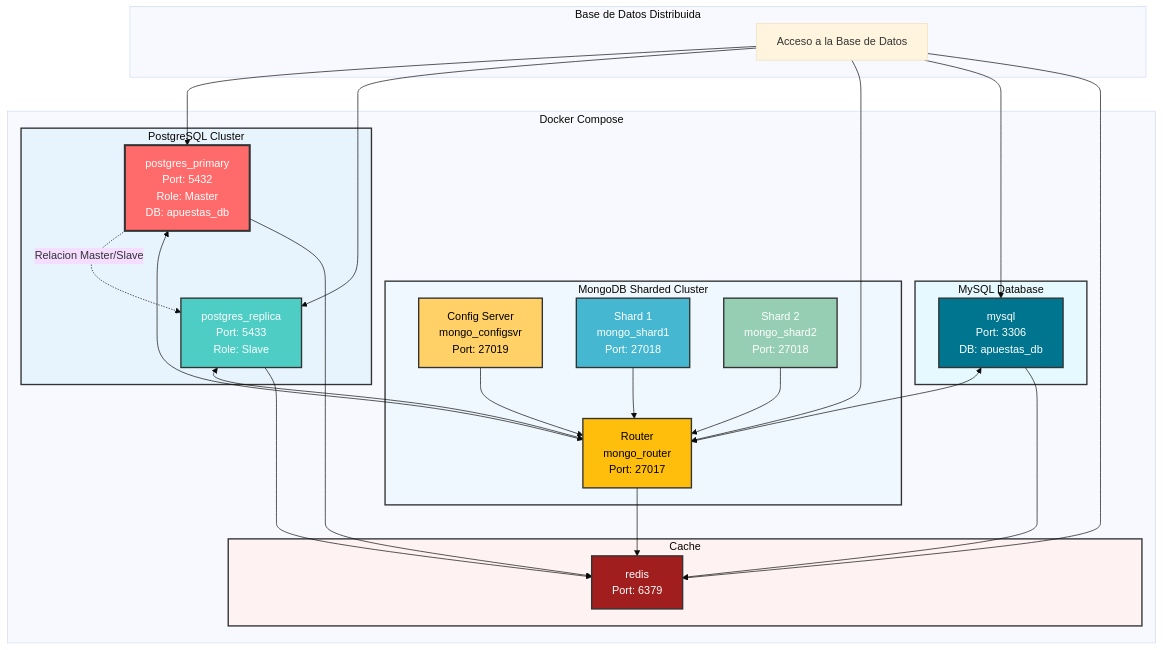
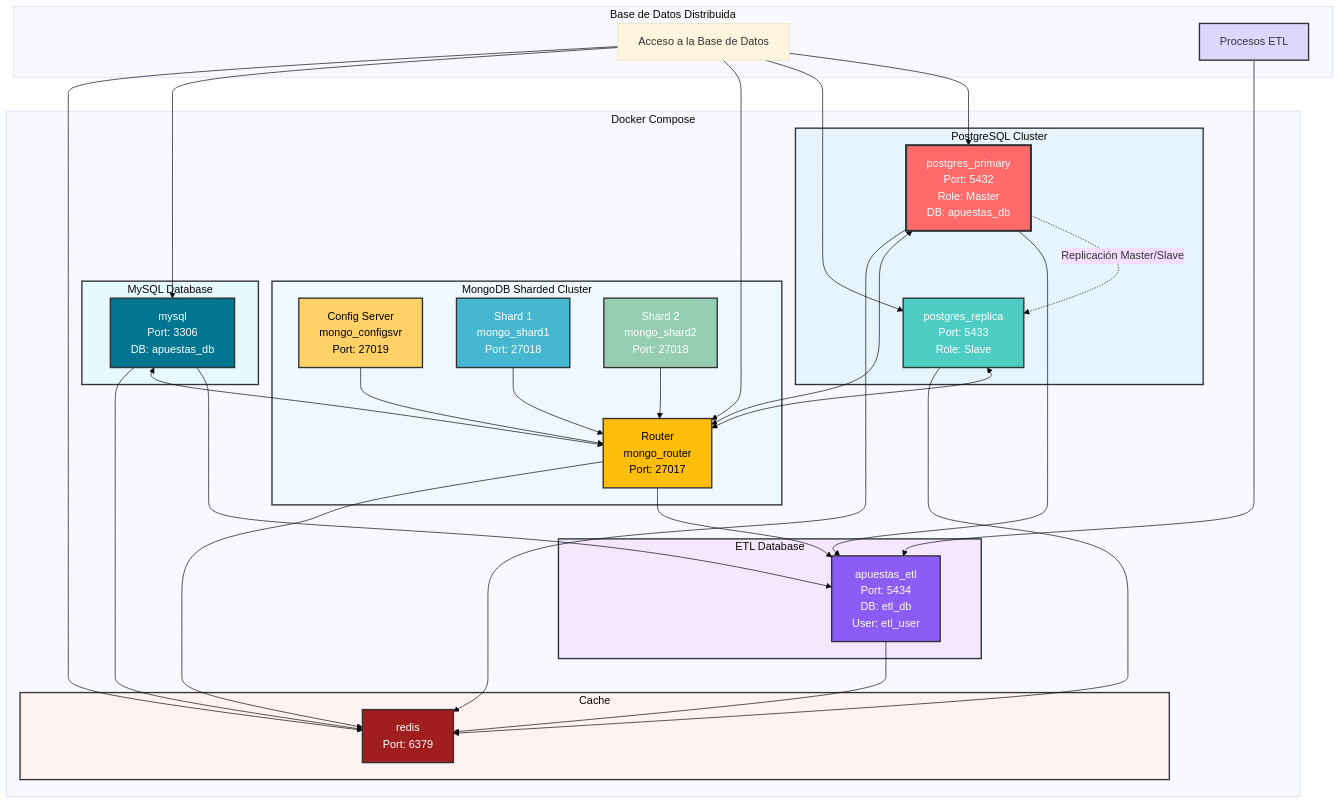
Before and after one commit to Andrezuu/proyect-bdd-avanzada: the diagram in docs/architecture/diagrama_docker.md, drawn with Mermaid (base theme). The commit also changed 3 other files, not shown here.

Commit message:
etl to diagram

````diff
--- a/docs/architecture/diagrama_docker.md
+++ b/docs/architecture/diagrama_docker.md
@@ -1,59 +1,81 @@
 ```mermaid
 flowchart TD
     subgraph DockerHost["Docker Compose"]
         subgraph PostgreSQL["PostgreSQL Cluster"]
             Primary["postgres_primary<br/>Port: 5432<br/>Role: Master<br/>DB: apuestas_db"]
             Replica["postgres_replica<br/>Port: 5433<br/>Role: Slave"]
-            Primary -.->|"Relacion Master/Slave"| Replica
+            Primary -.->|"Replicación Master/Slave"| Replica
         end
+        
+        subgraph ETL["ETL Database"]
+            ETLDB["apuestas_etl<br/>Port: 5434<br/>DB: etl_db<br/>User: etl_user"]
+        end
+        
         subgraph MMySQL["MySQL Database"]
             MySQL["mysql<br/>Port: 3306<br/>DB: apuestas_db"]
         end
+        
         subgraph MongoDB["MongoDB Sharded Cluster"]
             ConfigSvr["Config Server<br/>mongo_configsvr<br/>Port: 27019"]
             Shard1["Shard 1<br/>mongo_shard1<br/>Port: 27018"]
             Shard2["Shard 2<br/>mongo_shard2<br/>Port: 27018"]
             Mongos["Router<br/>mongo_router<br/>Port: 27017"]
             ConfigSvr --> Mongos
             Shard1 --> Mongos
             Shard2 --> Mongos
         end
+        
         subgraph Cache["Cache"]
             Redis["redis<br/>Port: 6379"]
         end
     end
+    
     subgraph ExternalAccess["Base de Datos Distribuida"]
         App1["Acceso a la Base de Datos"]
+        ETLProcess["Procesos ETL"]
     end
+    
+    %% ETL Process flows
+    Primary --> ETLDB
+    MySQL --> ETLDB
+    Mongos --> ETLDB
+    
+    %% ETL external access
+    ETLProcess --> ETLDB
     
     %% Database Interconnections
     Primary <--> Mongos
     MySQL <--> Mongos
     Replica <--> Mongos
     
     %% Redis caching from all databases
     Primary --> Redis
     Replica --> Redis
     MySQL --> Redis
     Mongos --> Redis
+    ETLDB --> Redis
     
     %% External access
     App1 --> Primary
     App1 --> Replica
     App1 --> Mongos
     App1 --> MySQL
     App1 --> Redis
+    
     %% Styling
     style Primary fill:#ff6b6b,stroke:#333,stroke-width:3px,color:#fff
     style Replica fill:#4ecdc4,stroke:#333,stroke-width:2px,color:#fff
     style MySQL fill:#00758f,stroke:#333,stroke-width:2px,color:#fff
     style Redis fill:#a11e1e,stroke:#333,stroke-width:2px,color:#fff
     style Mongos fill:#ffbe0b,stroke:#333,stroke-width:2px,color:#000
     style Shard1 fill:#45b7d1,stroke:#333,stroke-width:2px,color:#fff
     style Shard2 fill:#96ceb4,stroke:#333,stroke-width:2px,color:#fff
     style ConfigSvr fill:#ffd166,stroke:#333,stroke-width:2px,color:#000
+    style ETLDB fill:#8b5cf6,stroke:#333,stroke-width:2px,color:#fff
     style PostgreSQL fill:#e8f4fd,stroke:#333,stroke-width:2px
     style MongoDB fill:#f0f8ff,stroke:#333,stroke-width:2px
     style Cache fill:#fef2f2,stroke:#333,stroke-width:2px
     style MMySQL fill:#e6f9ff,stroke:#333,stroke-width:2px
+    style ETL fill:#f3e8ff,stroke:#333,stroke-width:2px
+    style ETLProcess fill:#ddd6fe,stroke:#333,stroke-width:2px
 ```
````
